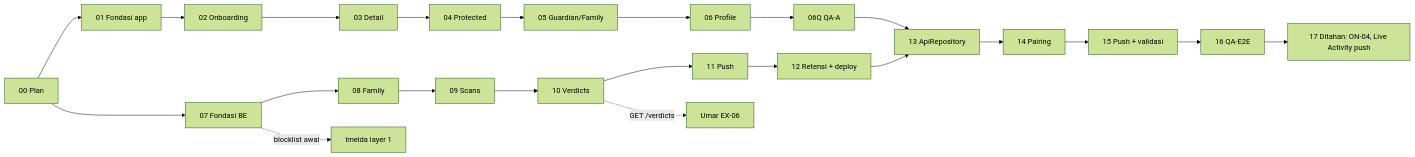
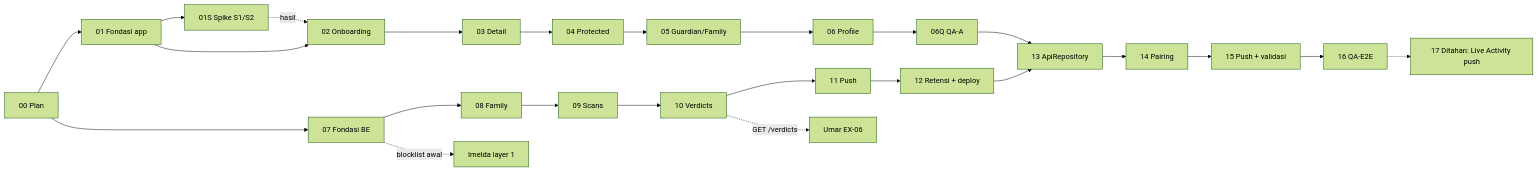
Before and after one commit to umarmuhdhor/Final-CH7: the diagram in plan/alief/README.md, drawn with Mermaid (forest theme). The commit also changed other lines of this file and 29 other files, not shown here.

````diff
--- a/plan/alief/README.md
+++ b/plan/alief/README.md
@@ -100,13 +103,14 @@
 ```mermaid
 flowchart LR
   F00[00 Plan] --> F01[01 Fondasi app]
   F00 --> F07[07 Fondasi BE]
+  F01 --> F01S[01S Spike S1/S2] -. hasil .-> F02
   F01 --> F02[02 Onboarding] --> F03[03 Detail] --> F04[04 Protected] --> F05[05 Guardian/Family] --> F06[06 Profile] --> F06Q[06Q QA-A]
   F07 --> F08[08 Family] --> F09[09 Scans] --> F10[10 Verdicts] --> F11[11 Push] --> F12[12 Retensi + deploy]
   F07 -. blocklist awal .-> IMELDA[Imelda layer 1]
   F10 -. GET /verdicts .-> UMAR[Umar EX-06]
   F06Q --> F13[13 ApiRepository]
   F12 --> F13
   F13 --> F14[14 Pairing] --> F15[15 Push + validasi] --> F16[16 QA-E2E]
-  F16 --> F17[17 Ditahan: ON-04, Live Activity push]
+  F16 -.-> F17[17 Ditahan: Live Activity push]
 ```
````
